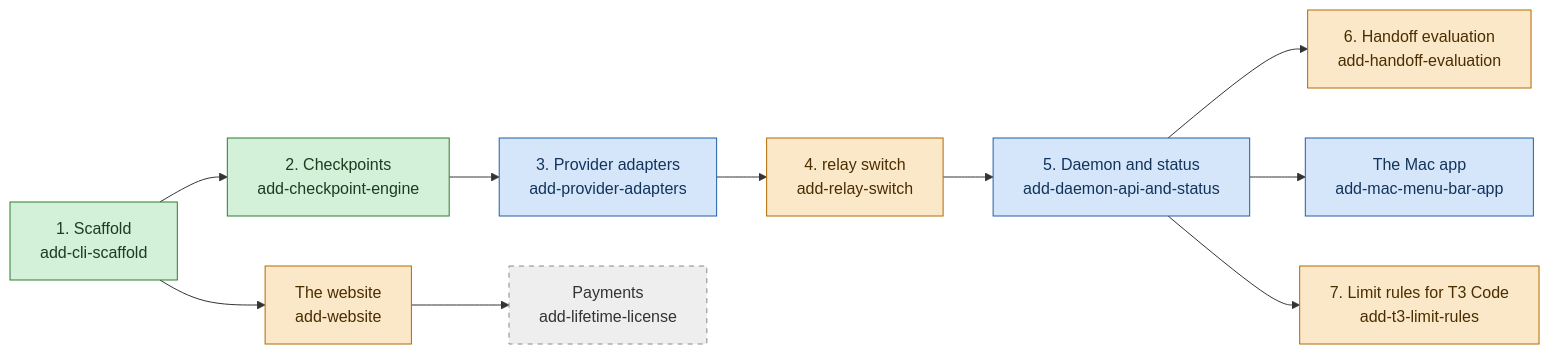
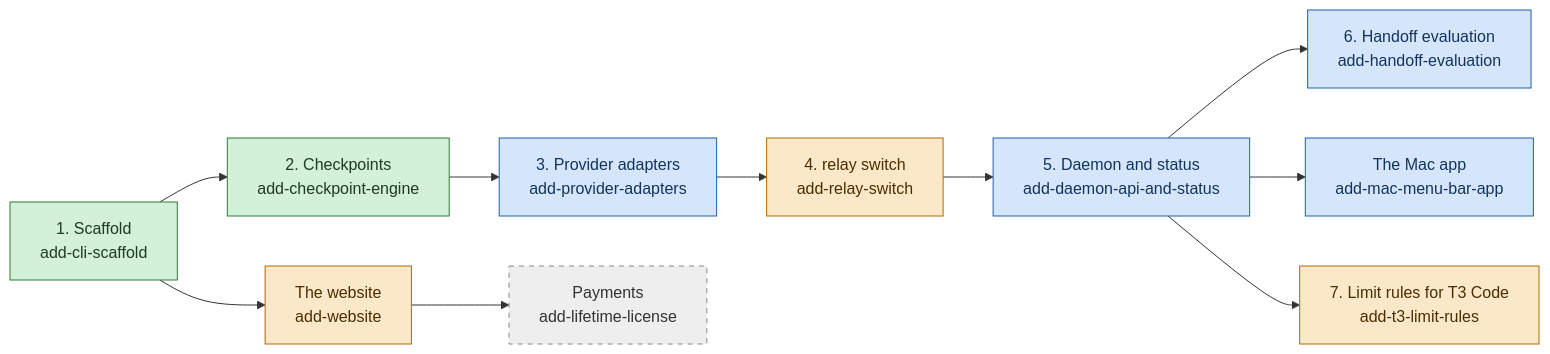
The diagram in docs/progress.md (FrejusGdm/relay), drawn with Mermaid before and after one commit. The commit also changed other lines of this file and 9 other files, not shown here.

First line of the commit message:
feat: run the handoff evaluation against the real relay, its guide and CI (add-handoff-evaluation 8)

````diff
--- a/docs/progress.md
+++ b/docs/progress.md
@@ -13,23 +13,23 @@
 ```mermaid
 flowchart LR
   p1["1. Scaffold<br/>add-cli-scaffold"]:::done
   p2["2. Checkpoints<br/>add-checkpoint-engine"]:::done
   p3["3. Provider adapters<br/>add-provider-adapters"]:::review
   p4["4. relay switch<br/>add-relay-switch"]:::building
   p5["5. Daemon and status<br/>add-daemon-api-and-status"]:::review
-  p6["6. Handoff evaluation<br/>add-handoff-evaluation"]:::building
+  p6["6. Handoff evaluation<br/>add-handoff-evaluation"]:::review
   p7["7. Limit rules for T3 Code<br/>add-t3-limit-rules"]:::building
   mac["The Mac app<br/>add-mac-menu-bar-app"]:::review
   site["The website<br/>add-website"]:::building
   pay["Payments<br/>add-lifetime-license"]:::notstarted
 
   p1 --> p2 --> p3 --> p4 --> p5 --> p6
   p5 --> mac
   p1 --> site --> pay
   p5 --> p7
 
   classDef done fill:#d3f0d8,stroke:#2e7d32,color:#1b3d20
   classDef review fill:#d6e6fa,stroke:#1f5fa8,color:#12345c
   classDef building fill:#fbe8c8,stroke:#b26a00,color:#4a2e00
   classDef notstarted fill:#eeeeee,stroke:#8a8a8a,color:#333333,stroke-dasharray: 5 5
 ```
````
